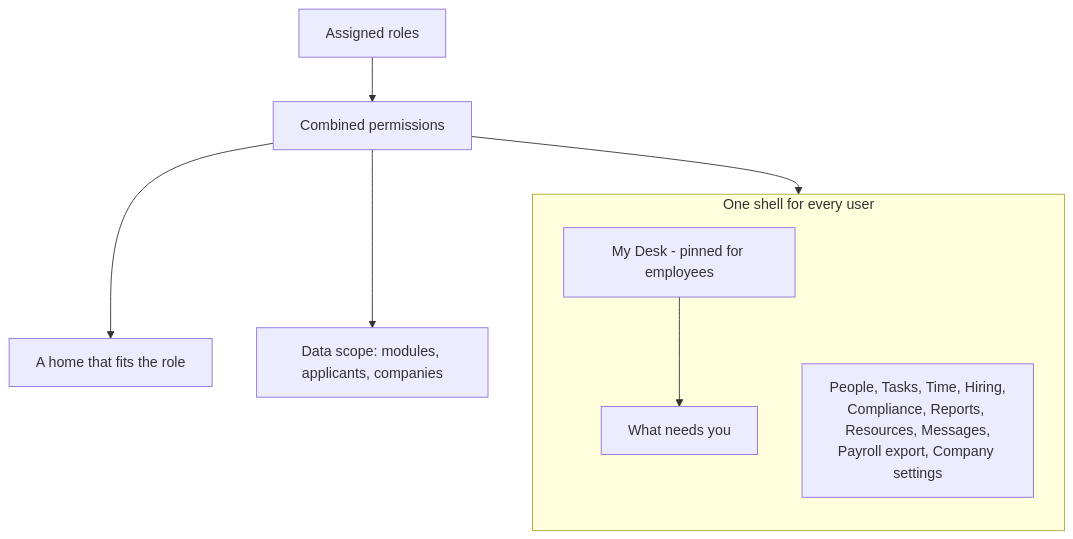
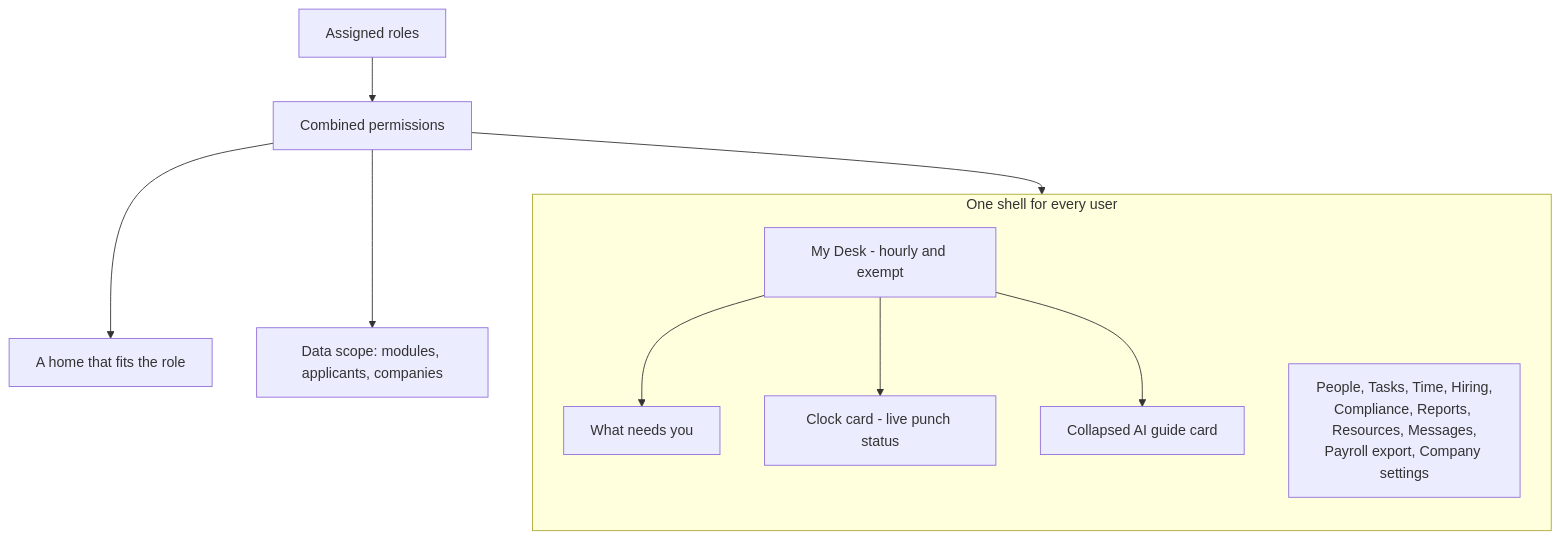
One commit to staceykay67/scalemaker-hris-showcase changed the second of 18 diagrams in README.md. Above: the diagram before and after it, drawn with Mermaid. The commit also changed other lines of this file, not shown here.

````diff
--- a/README.md
+++ b/README.md
@@ -157,14 +162,18 @@
 ```mermaid
 flowchart TB
     subgraph ShellG["One shell for every user"]
         direction TB
-        Desk["My Desk - pinned for employees"]
+        Desk["My Desk - hourly and exempt"]
         Needs["What needs you"]
+        Clock["Clock card - live punch status"]
+        Guide["Collapsed AI guide card"]
         Work["People, Tasks, Time, Hiring,<br/>Compliance, Reports, Resources, Messages,<br/>Payroll export, Company settings"]
     end
     Desk --> Needs
+    Desk --> Clock
+    Desk --> Guide
     Roles["Assigned roles"] --> Perms["Combined permissions"]
     Perms --> Home["A home that fits the role"]
     Perms --> Work
     Perms --> Scope["Data scope: modules, applicants, companies"]
 ```
````
